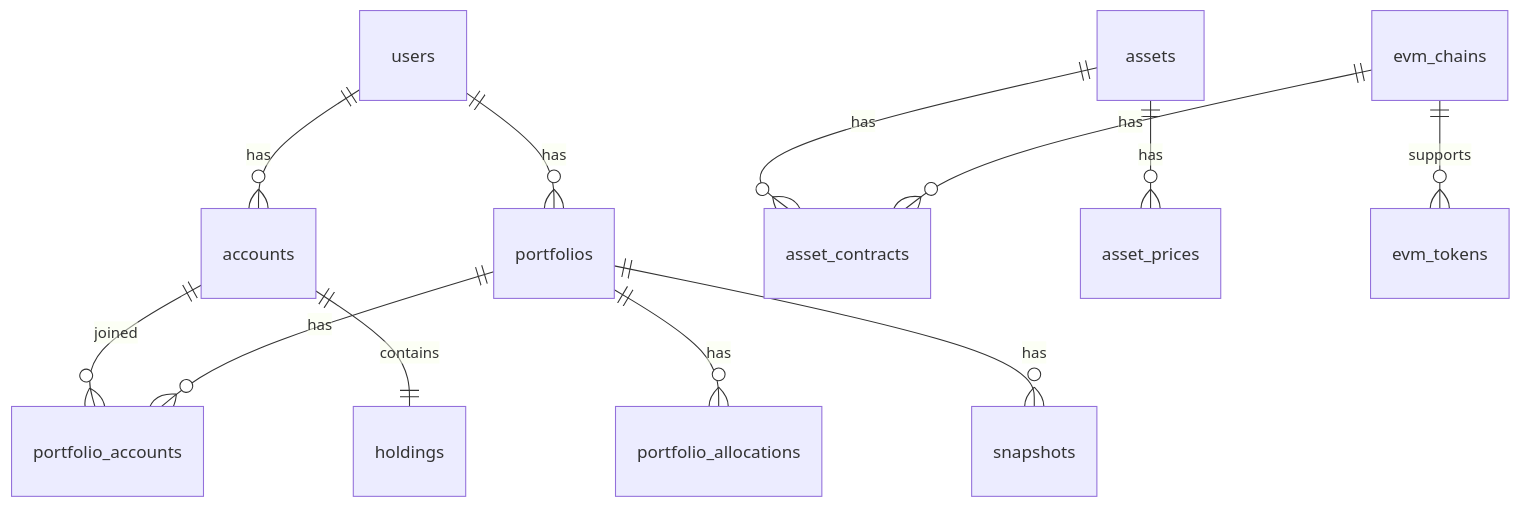
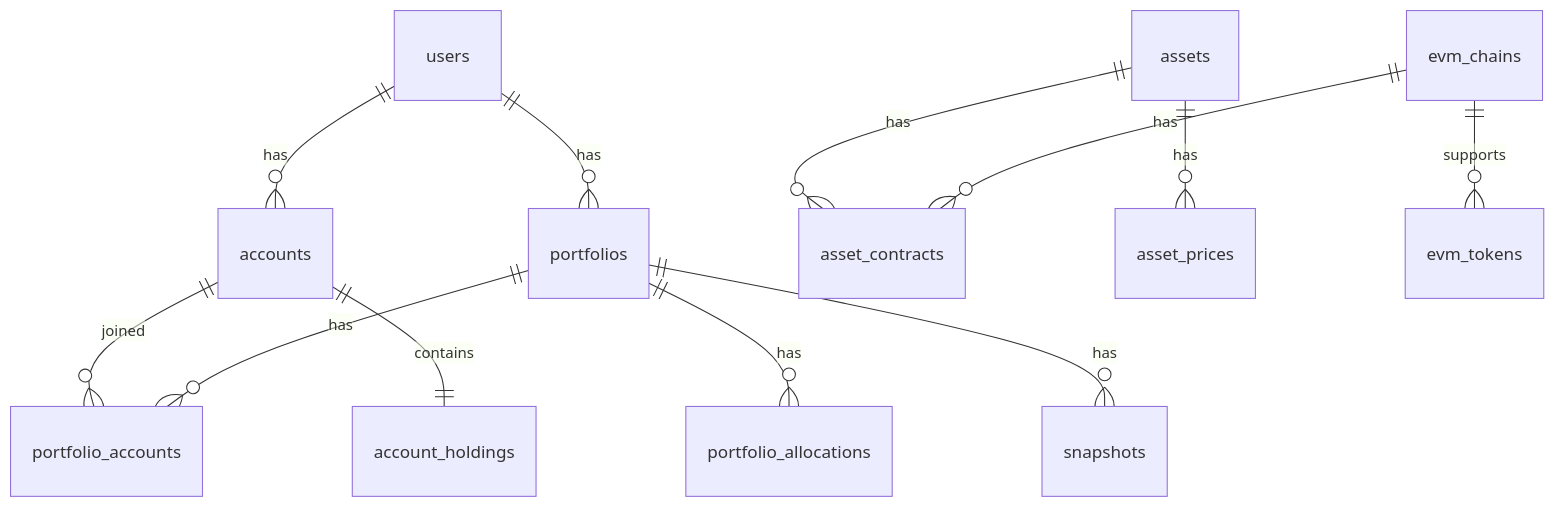
One commit to doitsu2014/crypto-pocket-butler changed the fourth of 4 diagrams in docs/architecture/01-architecture-design/04-code-structure.md. Above: the diagram before and after it, drawn with Mermaid. The commit also changed other lines of this file and 2 other files, not shown here.

First line of the commit message:
Update architecture docs to reflect Clean Architecture structure (#182)

````diff
--- a/docs/architecture/01-architecture-design/04-code-structure.md
+++ b/docs/architecture/01-architecture-design/04-code-structure.md
@@ -80,14 +79,14 @@
 ```mermaid
 erDiagram
     users ||--o{ accounts : has
     users ||--o{ portfolios : has
     accounts ||--o{ portfolio_accounts : joined
     portfolios ||--o{ portfolio_accounts : has
     portfolios ||--o{ portfolio_allocations : has
     portfolios ||--o{ snapshots : has
-    accounts ||--|| holdings : contains
+    accounts ||--|| account_holdings : contains
     assets ||--o{ asset_contracts : has
     assets ||--o{ asset_prices : has
     evm_chains ||--o{ evm_tokens : supports
     evm_chains ||--o{ asset_contracts : has
 ```
````
